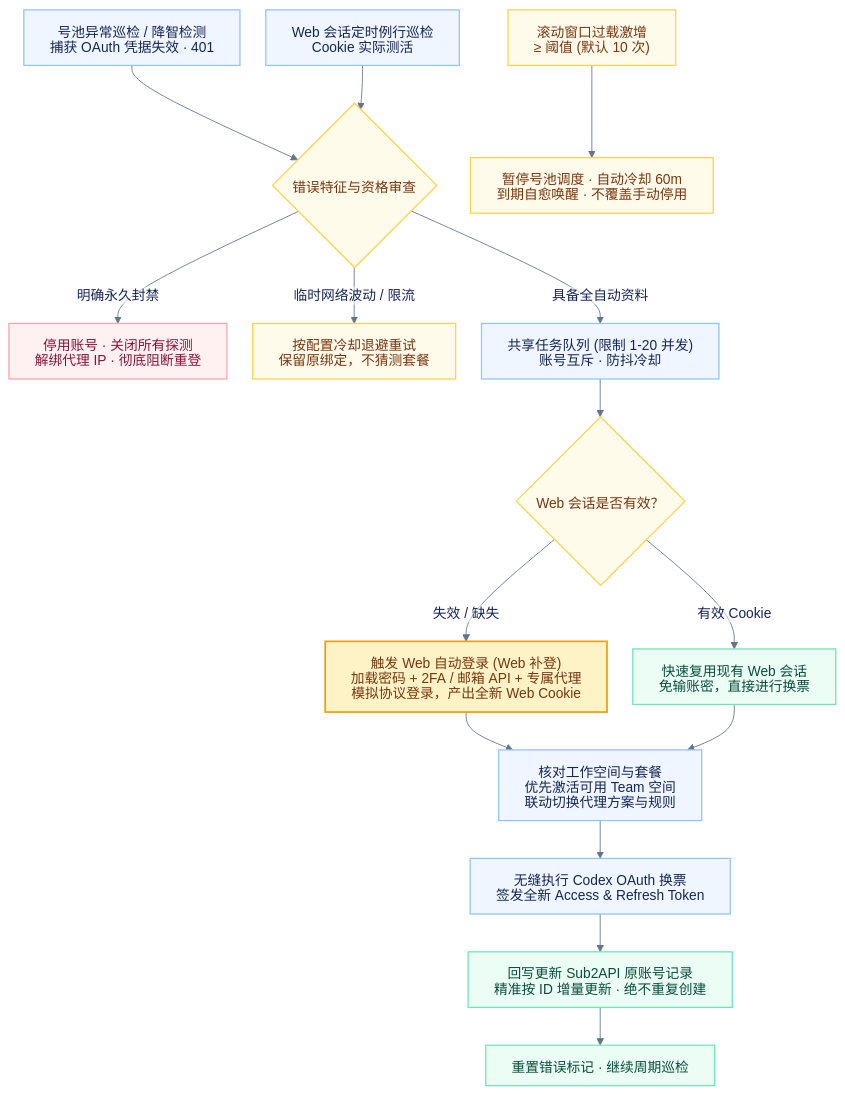
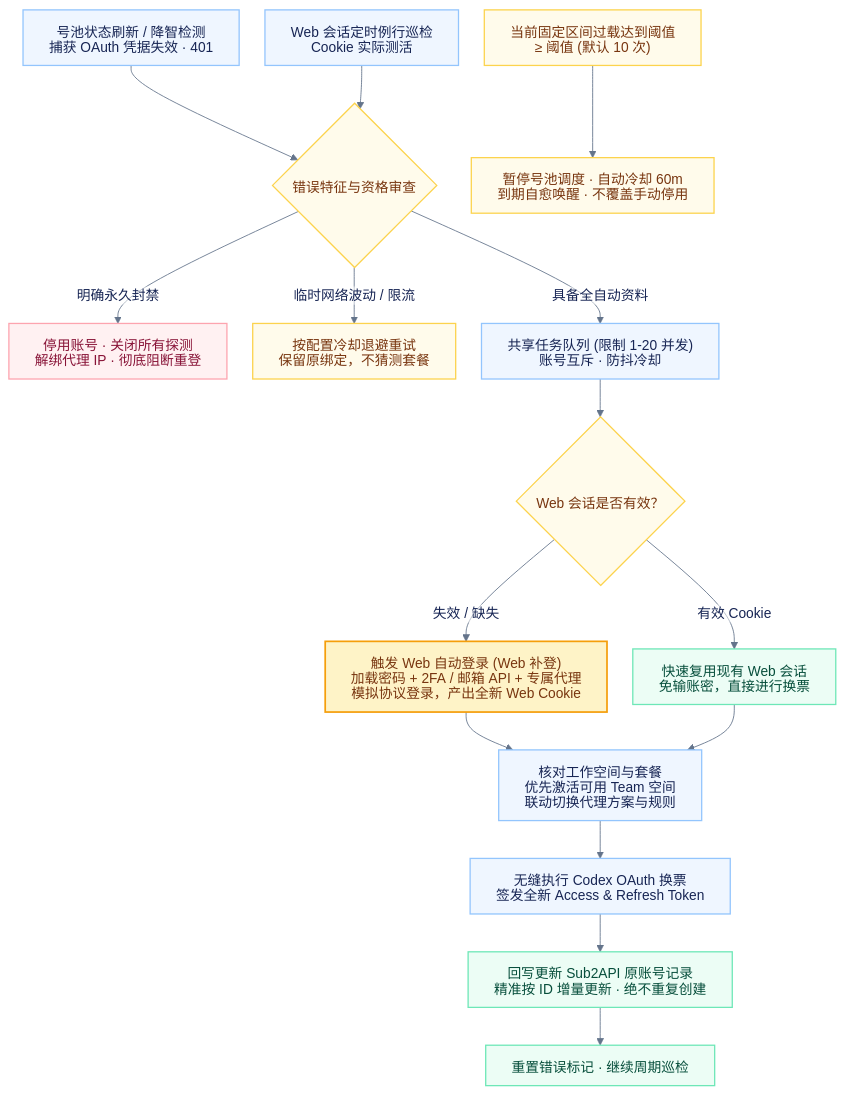
Before and after one commit to li-zane/sub2api-helper: the diagram in docs/automation.mmd, drawn with Mermaid. The commit also changed 24 other files, not shown here.

```diff
--- a/docs/automation.mmd
+++ b/docs/automation.mmd
@@ -1,36 +1,36 @@
 %%{init: {"theme":"base","fontFamily":"Microsoft YaHei, Arial, sans-serif","htmlLabels":false,"flowchart":{"htmlLabels":false,"curve":"basis","wrappingWidth":320,"nodeSpacing":30,"rankSpacing":44},"themeVariables":{"fontFamily":"Microsoft YaHei, PingFang SC, sans-serif","fontSize":"16px","primaryColor":"#eff6ff","primaryTextColor":"#172554","primaryBorderColor":"#93c5fd","lineColor":"#64748b","edgeLabelBackground":"#ffffff","background":"#ffffff"}}}%%
 flowchart TB
     accTitle: toSub2 自动化全景与触发恢复流程
     accDescr: 覆盖 OAuth 凭据失效联动 Web 补登、Web 巡检保活、Team 空间切换、过载智能冷却与封禁熔断。
 
-    TRIGGER_OAUTH["号池异常巡检 / 降智检测<br/>捕获 OAuth 凭据失效 · 401"] --> CLASSIFY{"错误特征与资格审查"}
+    TRIGGER_OAUTH["号池状态刷新 / 降智检测<br/>捕获 OAuth 凭据失效 · 401"] --> CLASSIFY{"错误特征与资格审查"}
     TRIGGER_WEB["Web 会话定时例行巡检<br/>Cookie 实际测活"] --> CLASSIFY
-    TRIGGER_OVERLOAD["滚动窗口过载激增<br/>≥ 阈值 (默认 10 次)"] --> COOLDOWN["暂停号池调度 · 自动冷却 60m<br/>到期自愈唤醒 · 不覆盖手动停用"]
+    TRIGGER_OVERLOAD["当前固定区间过载达到阈值<br/>≥ 阈值 (默认 10 次)"] --> COOLDOWN["暂停号池调度 · 自动冷却 60m<br/>到期自愈唤醒 · 不覆盖手动停用"]
 
     CLASSIFY -->|"明确永久封禁"| BLOCK["停用账号 · 关闭所有探测<br/>解绑代理 IP · 彻底阻断重登"]
     CLASSIFY -->|"临时网络波动 / 限流"| RETRY["按配置冷却退避重试<br/>保留原绑定，不猜测套餐"]
     CLASSIFY -->|"具备全自动资料"| QUEUE["共享任务队列 (限制 1-20 并发)<br/>账号互斥 · 防抖冷却"]
 
     QUEUE --> CHECK_WEB{"Web 会话是否有效？"}
 
     CHECK_WEB -->|"有效 Cookie"| REUSE_WEB["快速复用现有 Web 会话<br/>免输账密，直接进行换票"]
     CHECK_WEB -->|"失效 / 缺失"| WEB_LOGIN["触发 Web 自动登录 (Web 补登)<br/>加载密码 + 2FA / 邮箱 API + 专属代理<br/>模拟协议登录，产出全新 Web Cookie"]
 
     WEB_LOGIN --> PLAN["核对工作空间与套餐<br/>优先激活可用 Team 空间<br/>联动切换代理方案与规则"]
     REUSE_WEB --> PLAN
 
     PLAN --> OAUTH["无缝执行 Codex OAuth 换票<br/>签发全新 Access & Refresh Token"]
     OAUTH --> POOL["回写更新 Sub2API 原账号记录<br/>精准按 ID 增量更新 · 绝不重复创建"]
     POOL --> NEXT["重置错误标记 · 继续周期巡检"]
 
     classDef normal fill:#eff6ff,stroke:#93c5fd,color:#172554,stroke-width:1.5px;
     classDef success fill:#ecfdf5,stroke:#6ee7b7,color:#064e3b,stroke-width:1.5px;
     classDef danger fill:#fff1f2,stroke:#fda4af,color:#881337,stroke-width:1.5px;
     classDef pending fill:#fffbeb,stroke:#fcd34d,color:#78350f,stroke-width:1.5px;
     classDef core fill:#fef3c7,stroke:#f59e0b,color:#78350f,stroke-width:2px;
 
     class TRIGGER_OAUTH,TRIGGER_WEB,QUEUE,PLAN,OAUTH normal;
     class REUSE_WEB,POOL,NEXT success;
     class BLOCK danger;
     class CLASSIFY,CHECK_WEB,RETRY,TRIGGER_OVERLOAD,COOLDOWN pending;
     class WEB_LOGIN core;
```
